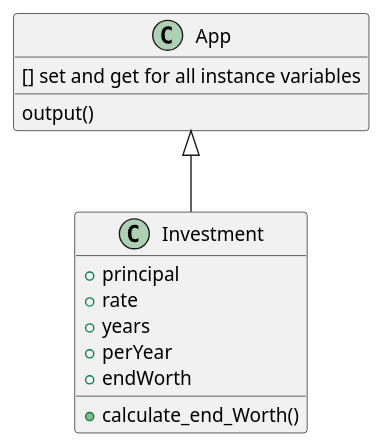
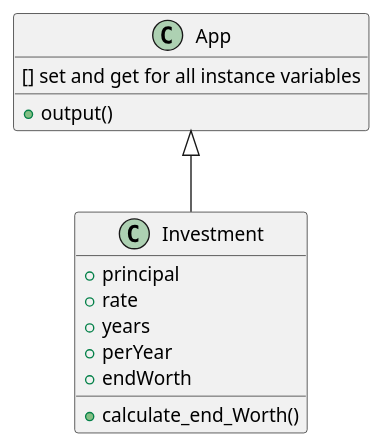
The diagram in src/main/java/base/wire.puml (PShannon-Dev/Shannon-cop3330-ex13), drawn with PlantUML before and after one commit. The commit also changed 3 other files, not shown here.

```diff
--- a/src/main/java/base/wire.puml
+++ b/src/main/java/base/wire.puml
@@ -1,20 +1,20 @@
 @startuml
 
 class App
 {
 [] set and get for all instance variables
-output()
++ output()
 }
 App <|--Investment
 
 class Investment
 {
 +principal
 +rate
 +years
 +perYear
 +endWorth
 +calculate_end_Worth()
 }
 
 @enduml
```
